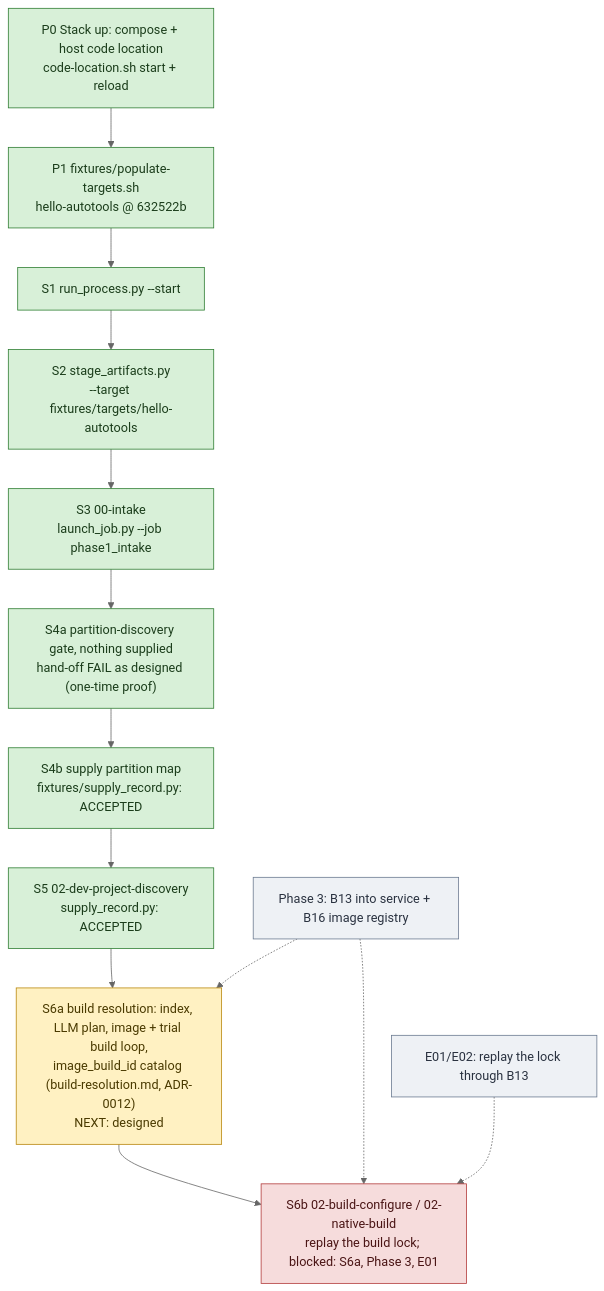
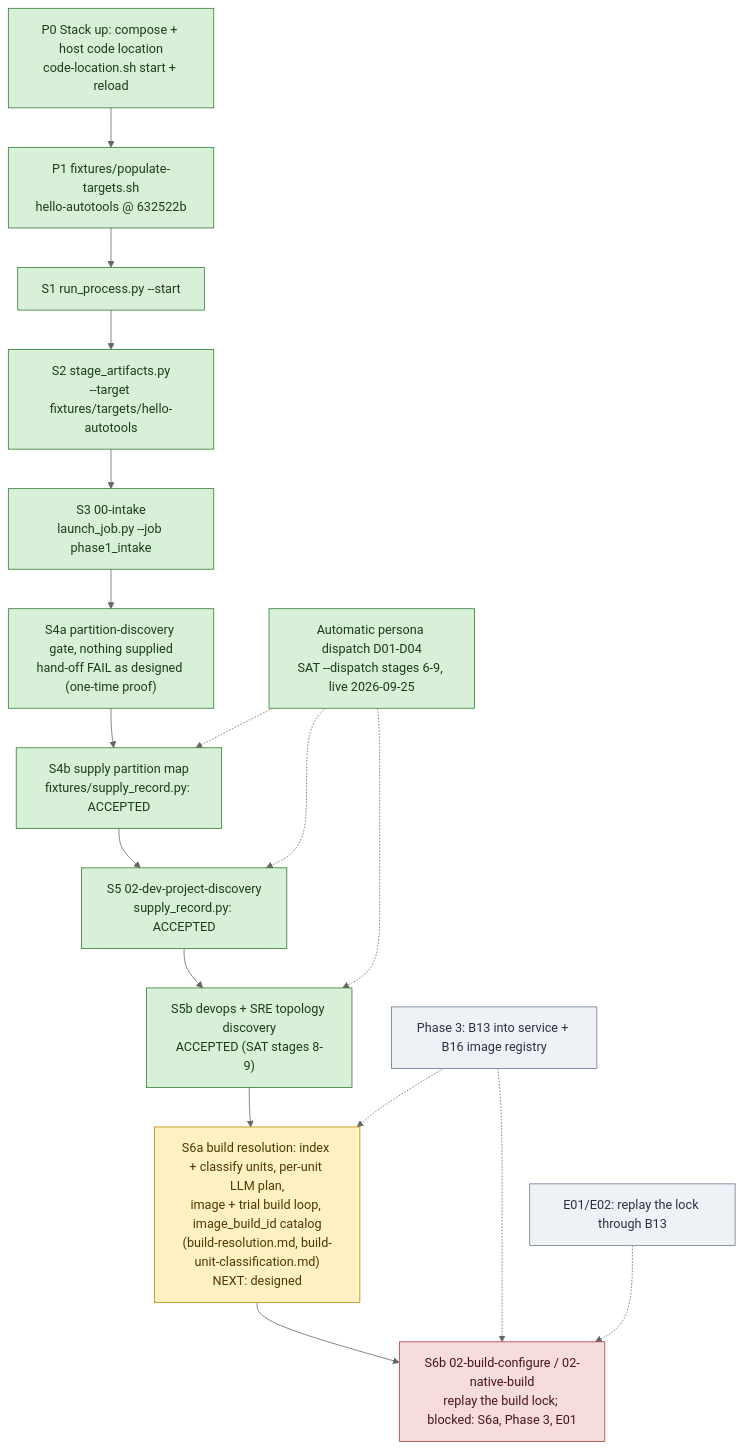
Before and after one commit to wsollers/appsec-review: the diagram in docs/processes/flow-bringup.md, drawn with Mermaid (neutral theme). The commit also changed other lines of this file and 23 other files, not shown here.

````diff
--- a/docs/processes/flow-bringup.md
+++ b/docs/processes/flow-bringup.md
@@ -20,25 +20,30 @@
 ```mermaid
 flowchart TD
   P0["P0 Stack up: compose + host code location<br/>code-location.sh start + reload"]:::done
   P1["P1 fixtures/populate-targets.sh<br/>hello-autotools @ 632522b"]:::done
   S1["S1 run_process.py --start"]:::done
   S2["S2 stage_artifacts.py<br/>--target fixtures/targets/hello-autotools"]:::done
   S3["S3 00-intake<br/>launch_job.py --job phase1_intake"]:::done
   S4a["S4a partition-discovery gate, nothing supplied<br/>hand-off FAIL as designed (one-time proof)"]:::done
   S4b["S4b supply partition map<br/>fixtures/supply_record.py: ACCEPTED"]:::done
   S5["S5 02-dev-project-discovery<br/>supply_record.py: ACCEPTED"]:::done
-  S6a["S6a build resolution: index, LLM plan, image + trial build loop,<br/>image_build_id catalog (build-resolution.md, ADR-0012)<br/>NEXT: designed"]:::next
+  S5b["S5b devops + SRE topology discovery<br/>ACCEPTED (SAT stages 8-9)"]:::done
+  AD["Automatic persona dispatch D01-D04<br/>SAT --dispatch stages 6-9, live 2026-09-25"]:::done
+  S6a["S6a build resolution: index + classify units, per-unit LLM plan,<br/>image + trial build loop, image_build_id catalog<br/>(build-resolution.md, build-unit-classification.md)<br/>NEXT: designed"]:::next
   S6["S6b 02-build-configure / 02-native-build<br/>replay the build lock; blocked: S6a, Phase 3, E01"]:::blocked
   B13["Phase 3: B13 into service + B16 image registry"]:::todo
   E01["E01/E02: replay the lock through B13"]:::todo
 
-  P0 --> P1 --> S1 --> S2 --> S3 --> S4a --> S4b --> S5 --> S6a --> S6
+  P0 --> P1 --> S1 --> S2 --> S3 --> S4a --> S4b --> S5 --> S5b --> S6a --> S6
+  AD -.-> S4b
+  AD -.-> S5
+  AD -.-> S5b
   B13 -.-> S6a
   B13 -.-> S6
   E01 -.-> S6
 
   classDef done fill:#d8f0d8,stroke:#2e7d32,color:#1b3d1b
   classDef next fill:#fff1c2,stroke:#b8860b,color:#4a3a00
   classDef todo fill:#eef1f5,stroke:#6b7a90,color:#2a3240
   classDef blocked fill:#f6dcdc,stroke:#b23b3b,color:#4a1515
 ```
````
